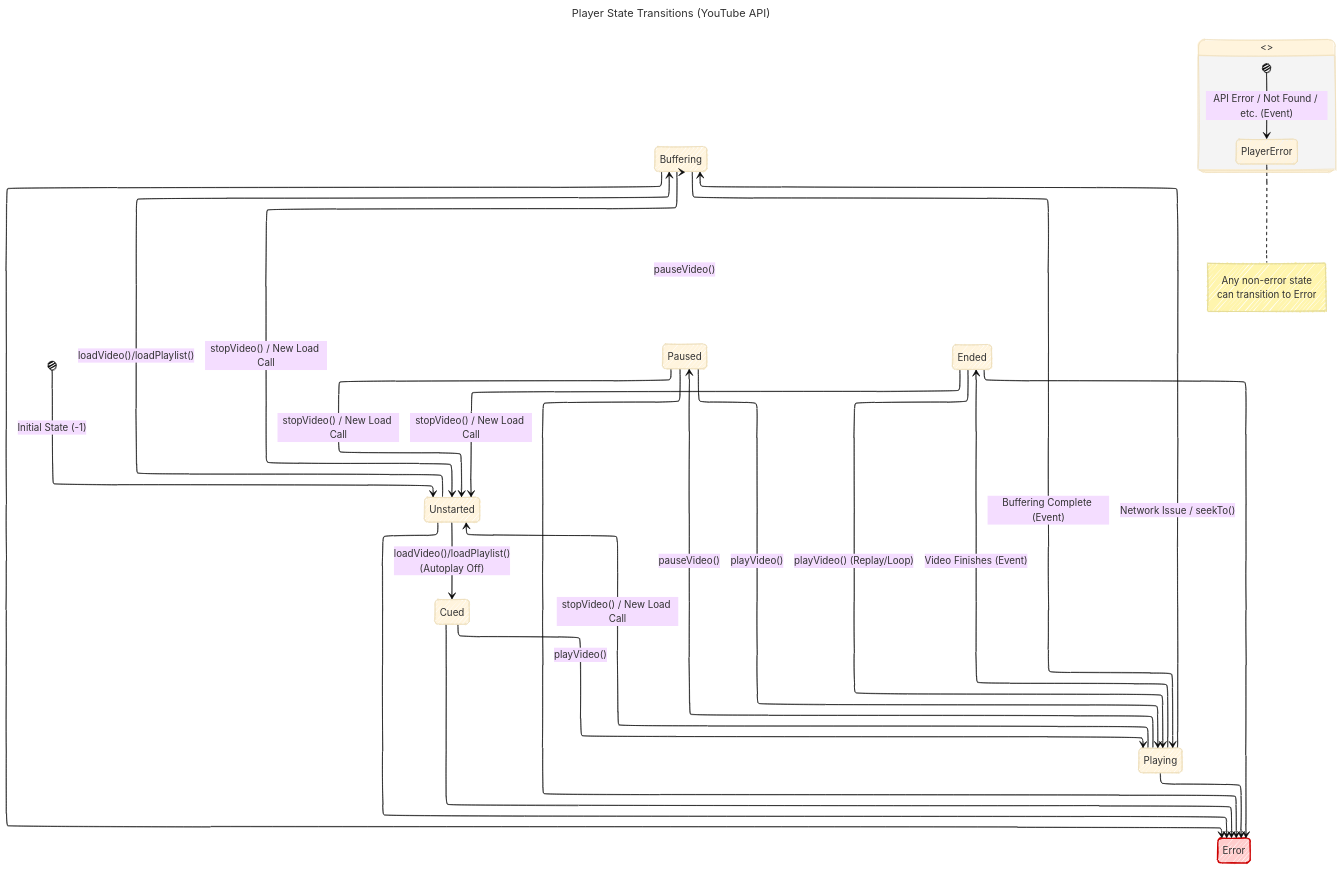
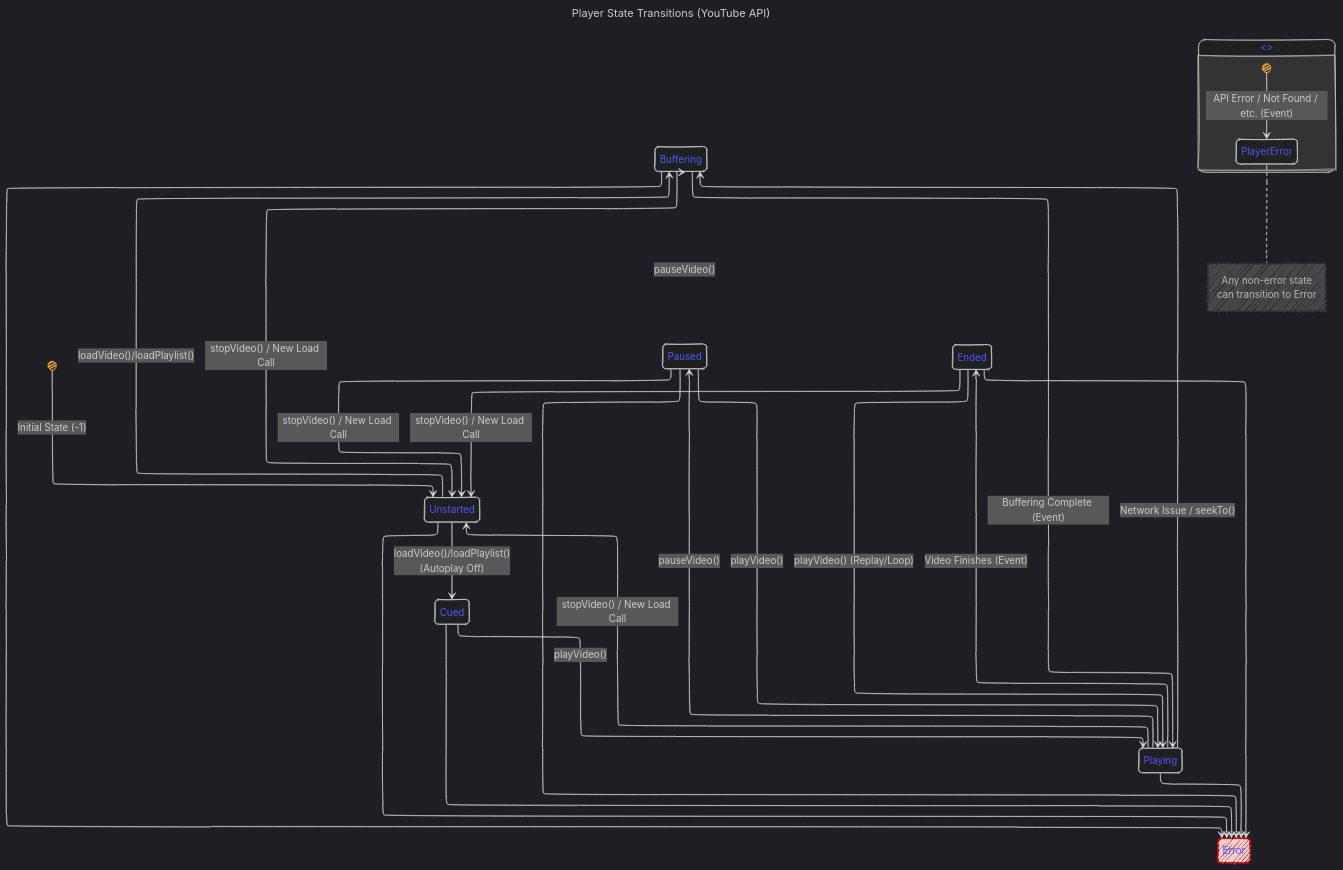
Before and after one commit to CongLeSolutionX/Unofficial-SwiftUI-Wrapper-for-YouTube-IFrame-Player-API: the fourth of 8 diagrams in README.md, drawn with Mermaid. The commit also changed other lines of this file, not shown here.

````diff
--- a/README.md
+++ b/README.md
@@ -361,71 +361,71 @@
 ```mermaid
 ---
 title: "Player State Transitions (YouTube API)"
 author: "Cong Le"
 version: "1.0"
 license(s): "Apache License 2.0, CC BY 4.0" # CORRECTED License
 copyright: "Copyright (c) 2025 Cong Le. All Rights Reserved."
 config:
   layout: elk
   look: handDrawn
-  theme: base
+  theme: dark
 ---
 %%%%%%%% Mermaid version v11.4.1-b.14
 %%%%%%%% Toggle theme value to `base` to activate the initilization below for the customized theme version.
 %%%%%%%% Available curve styles include the following keywords:
 %% basis, bumpX, bumpY, cardinal, catmullRom, linear, monotoneX, monotoneY, natural, step, stepAfter, stepBefore.
 %%{
   init: {
     'stateDiagram-v2': { 'htmlLabels': false, 'curve': 'linear' },
     'fontFamily': 'Monospace',
     'themeVariables': {
       'primaryColor': '#BEF',
       'primaryTextColor': '#55ff',
       'primaryBorderColor': '#7c2',
       'lineColor': '#F8B229',
       'secondaryColor': '#EE2',
       'tertiaryColor': '#fff',
-      'stateBkgColor': '#eee',    # State background
-      'stateBorderColor': '#666' # State border
+      'stroke':'#3323',
+      'stroke-width': '0.5px'
     }
   }
 }%%
 stateDiagram-v2
     [*] --> Unstarted : Initial State (-1)
 
     Unstarted --> Buffering : loadVideo()/loadPlaylist()
     Buffering --> Playing : Buffering Complete (Event)
     Unstarted --> Cued : loadVideo()/loadPlaylist()<br>(Autoplay Off)
     Cued --> Playing : playVideo()
 
     Playing --> Paused : pauseVideo()
     Playing --> Buffering : Network Issue / seekTo()
     Playing --> Ended : Video Finishes (Event)
     Playing --> Unstarted : stopVideo() / New Load Call
 
     Paused --> Playing : playVideo()
     Paused --> Unstarted : stopVideo() / New Load Call
 
     Buffering --> Paused: pauseVideo()
     Buffering --> Unstarted: stopVideo() / New Load Call
 
     Ended --> Playing : playVideo() (Replay/Loop)
     Ended --> Unstarted: stopVideo() / New Load Call
 
     state Error <<error>> {
        [*] --> PlayerError : API Error / Not Found / etc. (Event)
        note right of PlayerError : Any non-error state<br>can transition to Error
     }
 
     Unstarted --> Error
     Buffering --> Error
     Playing --> Error
     Paused --> Error
     Ended --> Error
     Cued --> Error
 
     note "State numbers (-1, 0, 1, 2, 3, 5)<br>correspond to YT.PlayerState values" as N1
 
     style Error fill:#fcc,stroke:#c00,stroke-width:2px
 
 ```
````
